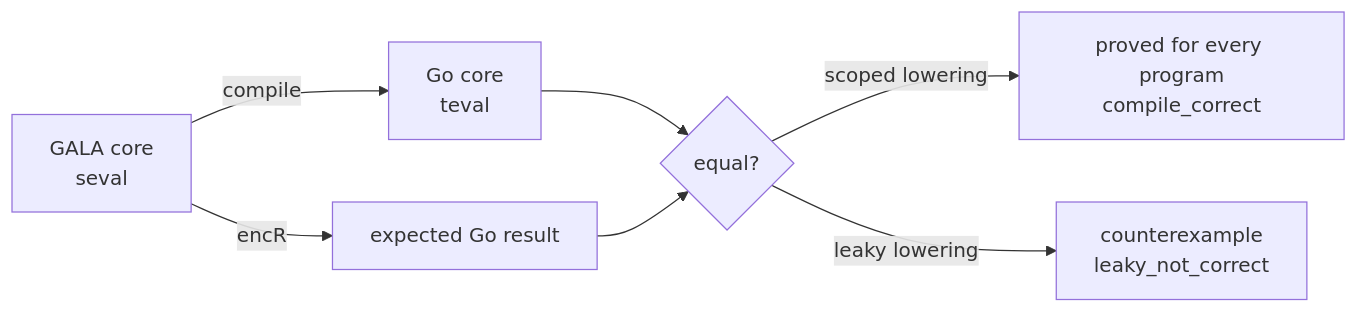
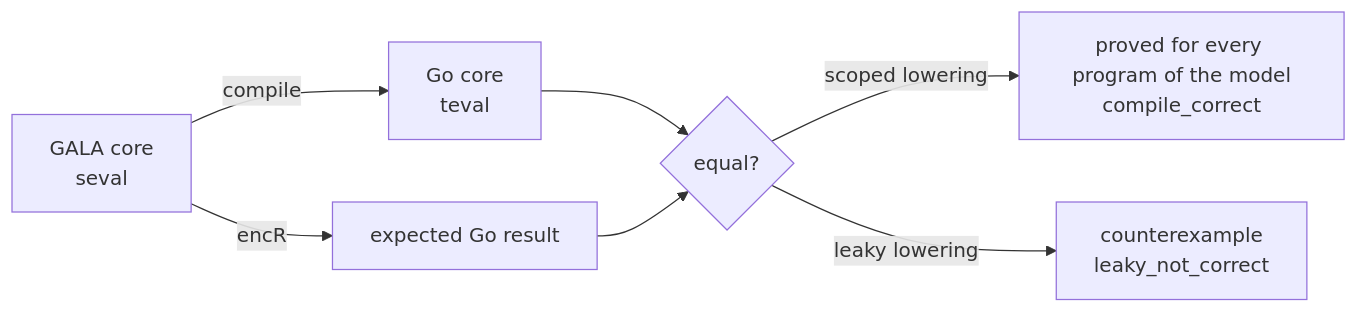
One commit to martianoff/gala changed the second of 3 diagrams in formal/README.md. Above: the diagram before and after it, drawn with Mermaid. The commit also changed other lines of this file and 8 other files, not shown here.

````diff
--- a/formal/README.md
+++ b/formal/README.md
@@ -41,9 +41,9 @@
 ```mermaid
 flowchart LR
     S[GALA core<br/>seval] -->|compile| T[Go core<br/>teval]
     S -->|encR| R[expected Go result]
     T --> E{equal?}
     R --> E
-    E -->|scoped lowering| P[proved for every program<br/>compile_correct]
+    E -->|scoped lowering| P[proved for every program of the model<br/>compile_correct]
     E -->|leaky lowering| C[counterexample<br/>leaky_not_correct]
 ```
````
